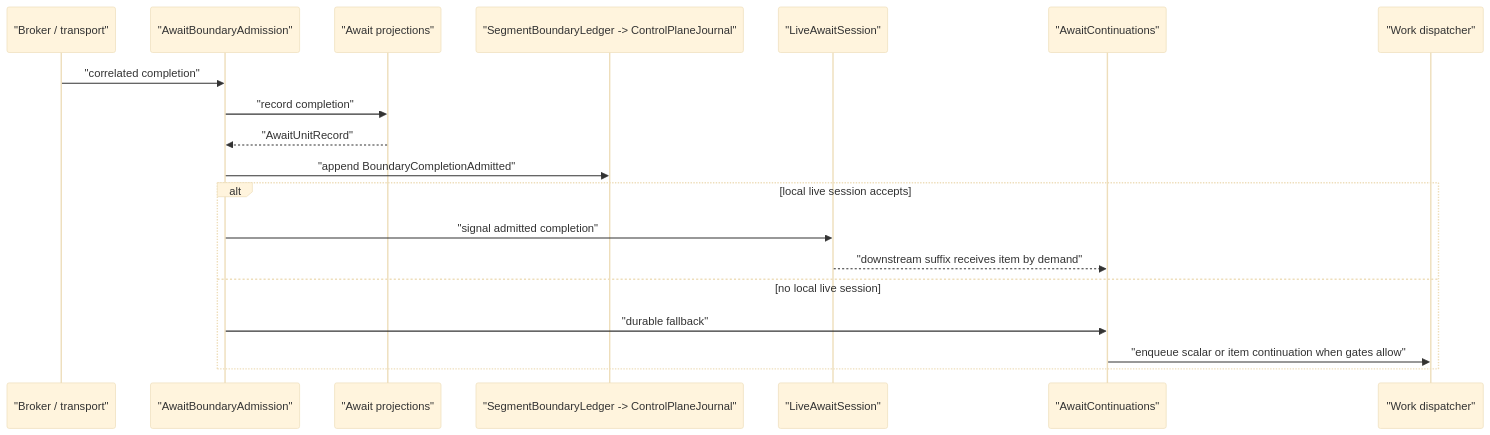
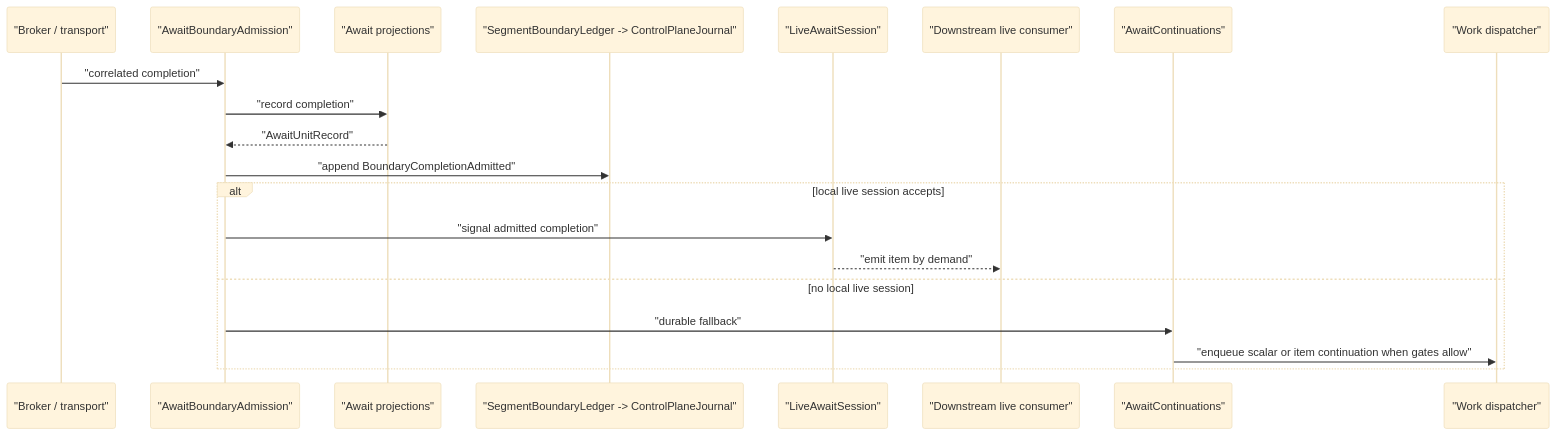
The third of 3 diagrams in docs/evolve/await-unit-runtime/immutable-boundaries.md (The-Pipeline-Framework/pipelineframework), drawn with Mermaid (base theme) before and after one commit. The commit also changed 8 other files, not shown here.

````diff
--- a/docs/evolve/await-unit-runtime/immutable-boundaries.md
+++ b/docs/evolve/await-unit-runtime/immutable-boundaries.md
@@ -119,22 +119,23 @@
 ```mermaid
 sequenceDiagram
     participant Broker as "Broker / transport"
     participant Admission as "AwaitBoundaryAdmission"
     participant AwaitStore as "Await projections"
     participant Ledger as "SegmentBoundaryLedger -> ControlPlaneJournal"
     participant Live as "LiveAwaitSession"
+    participant Consumer as "Downstream live consumer"
     participant Continue as "AwaitContinuations"
     participant Work as "Work dispatcher"
 
     Broker->>Admission: "correlated completion"
     Admission->>AwaitStore: "record completion"
     AwaitStore-->>Admission: "AwaitUnitRecord"
     Admission->>Ledger: "append BoundaryCompletionAdmitted"
     alt local live session accepts
       Admission->>Live: "signal admitted completion"
-      Live-->>Continue: "downstream suffix receives item by demand"
+      Live-->>Consumer: "emit item by demand"
     else no local live session
       Admission->>Continue: "durable fallback"
       Continue->>Work: "enqueue scalar or item continuation when gates allow"
     end
 ```
````
